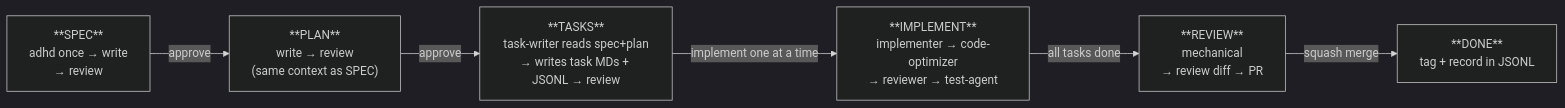
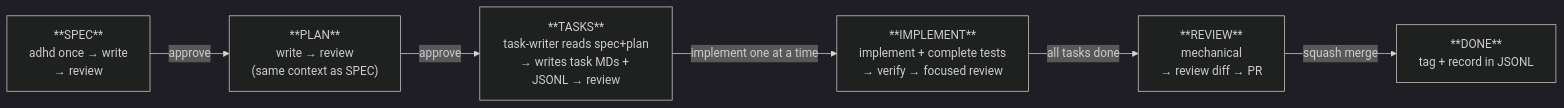
Before and after one commit to bperin/project-context: the second of 4 diagrams in README.md, drawn with Mermaid (dark theme). The commit also changed other lines of this file and 38 other files, not shown here.

````diff
--- a/README.md
+++ b/README.md
@@ -81,14 +81,14 @@
 ```mermaid
 graph LR
     SPEC["**SPEC**<br/>adhd once → write<br/>→ review"]
     PLAN["**PLAN**<br/>write → review<br/>(same context as SPEC)"]
     TASK["**TASKS**<br/>task-writer reads spec+plan<br/>→ writes task MDs + JSONL → review"]
-    IMPL["**IMPLEMENT**<br/>implementer → code-optimizer<br/>→ reviewer → test-agent"]
+    IMPL["**IMPLEMENT**<br/>implement + complete tests<br/>→ verify → focused review"]
     REVIEW["**REVIEW**<br/>mechanical<br/>→ review diff → PR"]
 
     SPEC -->|approve| PLAN
     PLAN -->|approve| TASK
     TASK -->|implement one at a time| IMPL
     IMPL -->|all tasks done| REVIEW
     REVIEW -->|squash merge| DONE["**DONE**<br/>tag + record in JSONL"]
 ```
````
